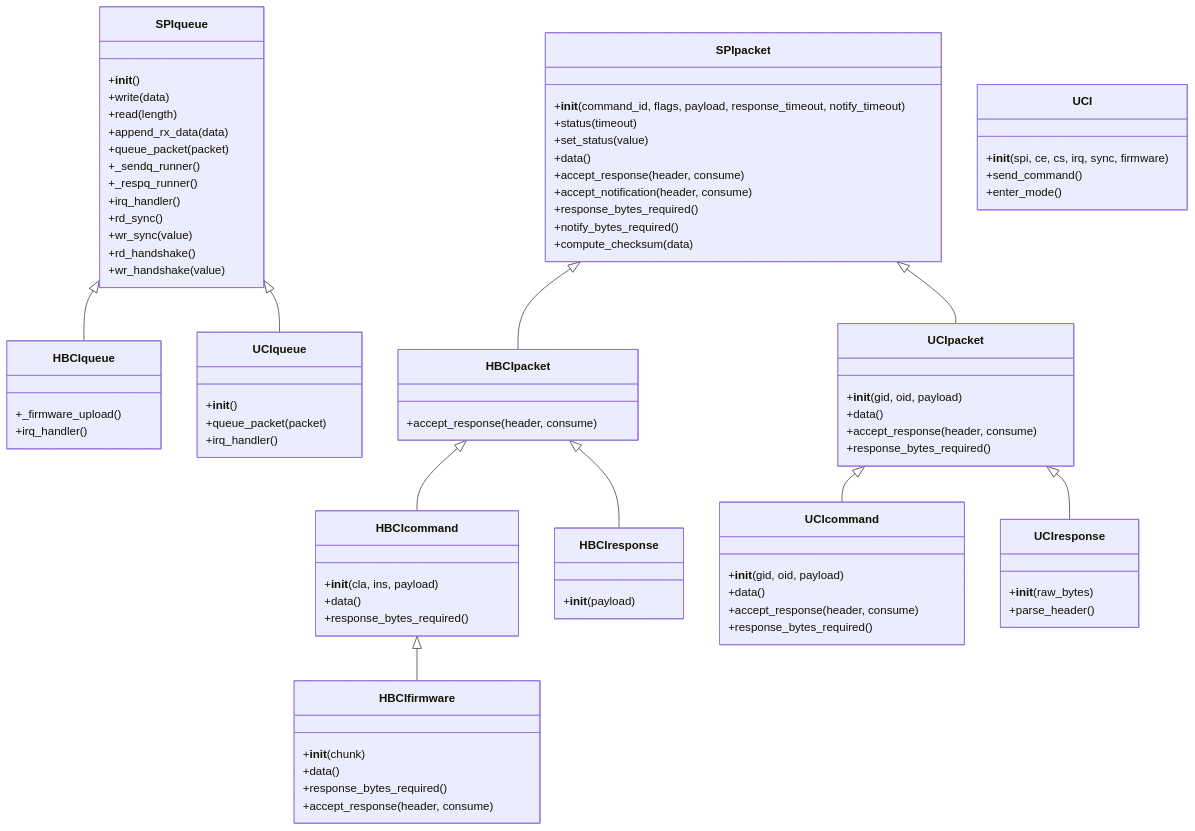
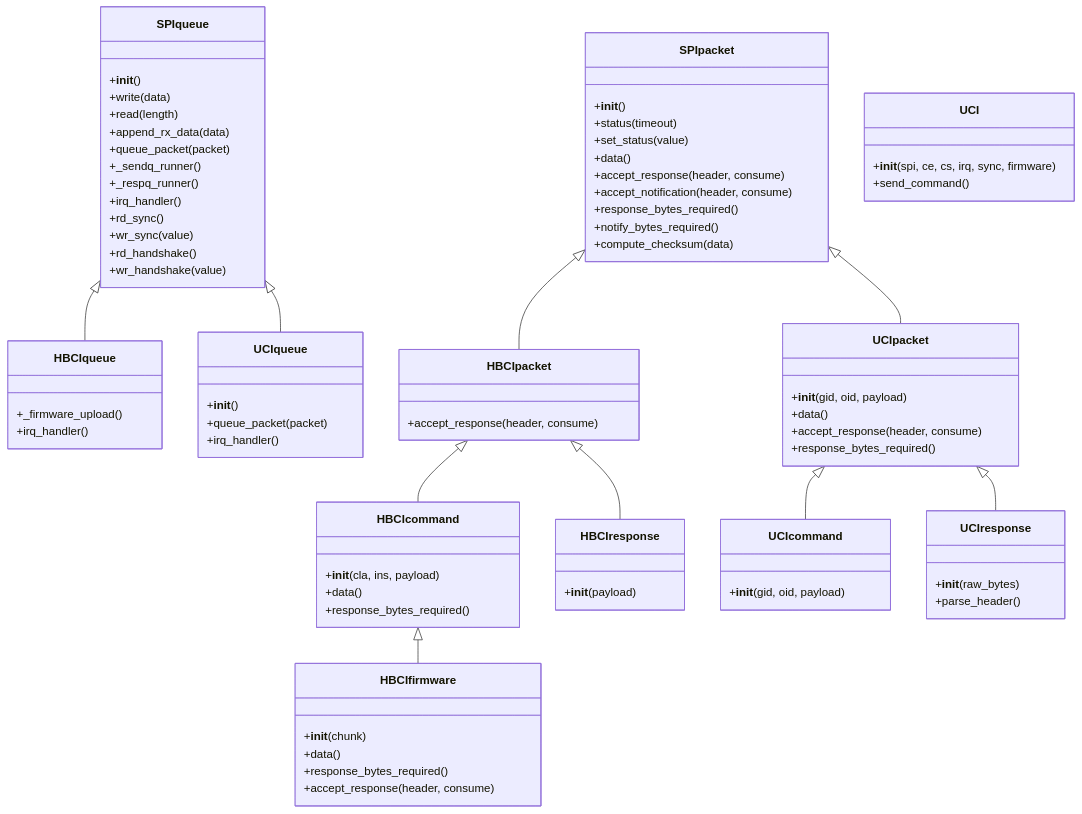
The diagram in extmod/uci-core/README.md (Raptor-Tech/micropython_can_esp32), drawn with Mermaid before and after one commit.

````diff
--- a/extmod/uci-core/README.md
+++ b/extmod/uci-core/README.md
@@ -28,7 +28,7 @@
 }
 
 class SPIpacket {
-  +__init__(command_id, flags, payload, response_timeout, notify_timeout)
+  +__init__()
   +status(timeout)
   +set_status(value)
   +data()
@@ -69,9 +69,6 @@
 
 class UCIcommand {
   +__init__(gid, oid, payload)
-  +data()
-  +accept_response(header, consume)
-  +response_bytes_required()
 }
 
 class UCIresponse {
@@ -82,7 +79,6 @@
 class UCI {
   +__init__(spi, ce, cs, irq, sync, firmware)
   +send_command()
-  +enter_mode()
 }
 
 SPIqueue <|-- HBCIqueue
@@ -94,4 +90,5 @@
 HBCIcommand <|-- HBCIfirmware
 UCIpacket <|-- UCIcommand
 UCIpacket <|-- UCIresponse
+
 ```
````
